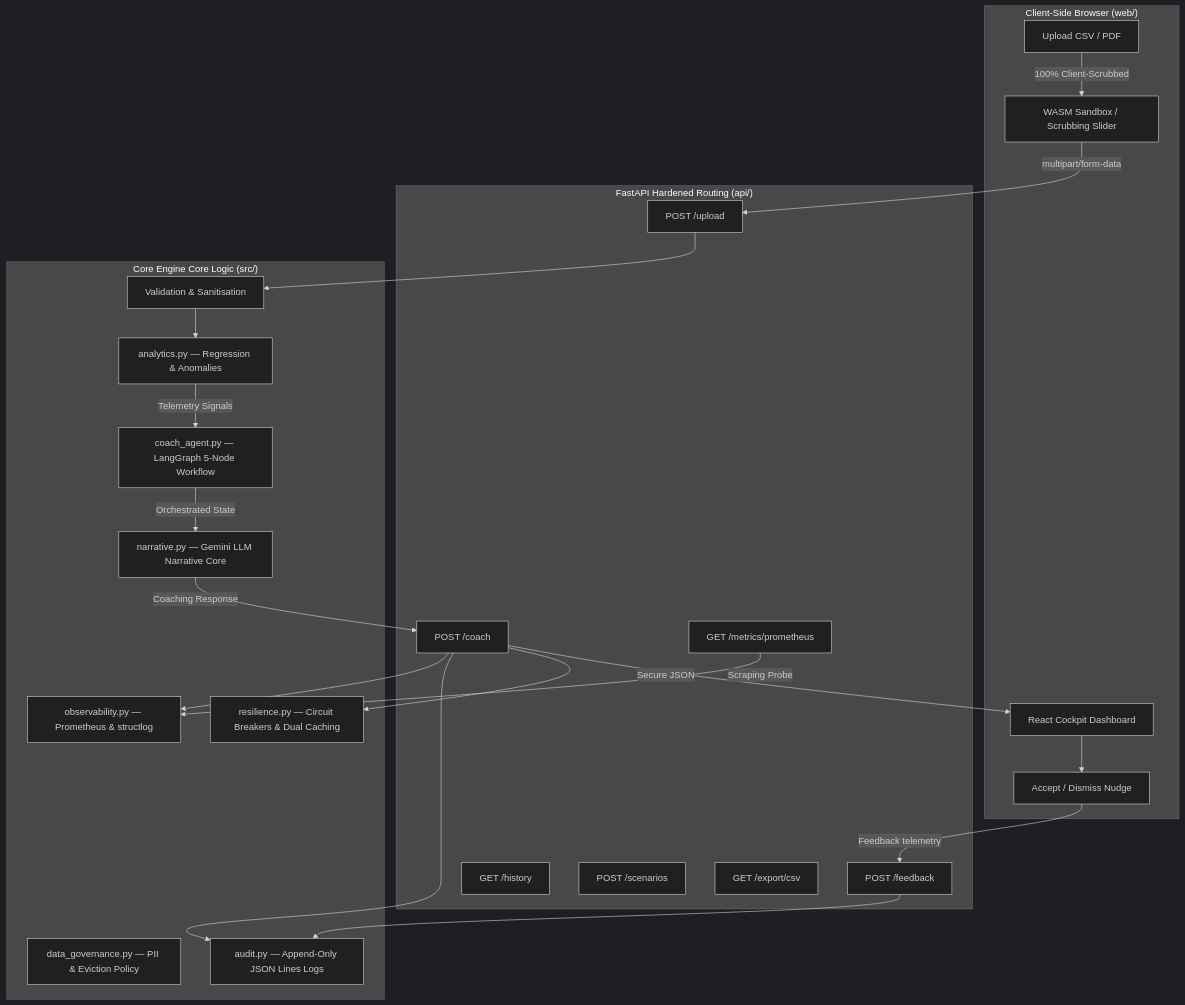
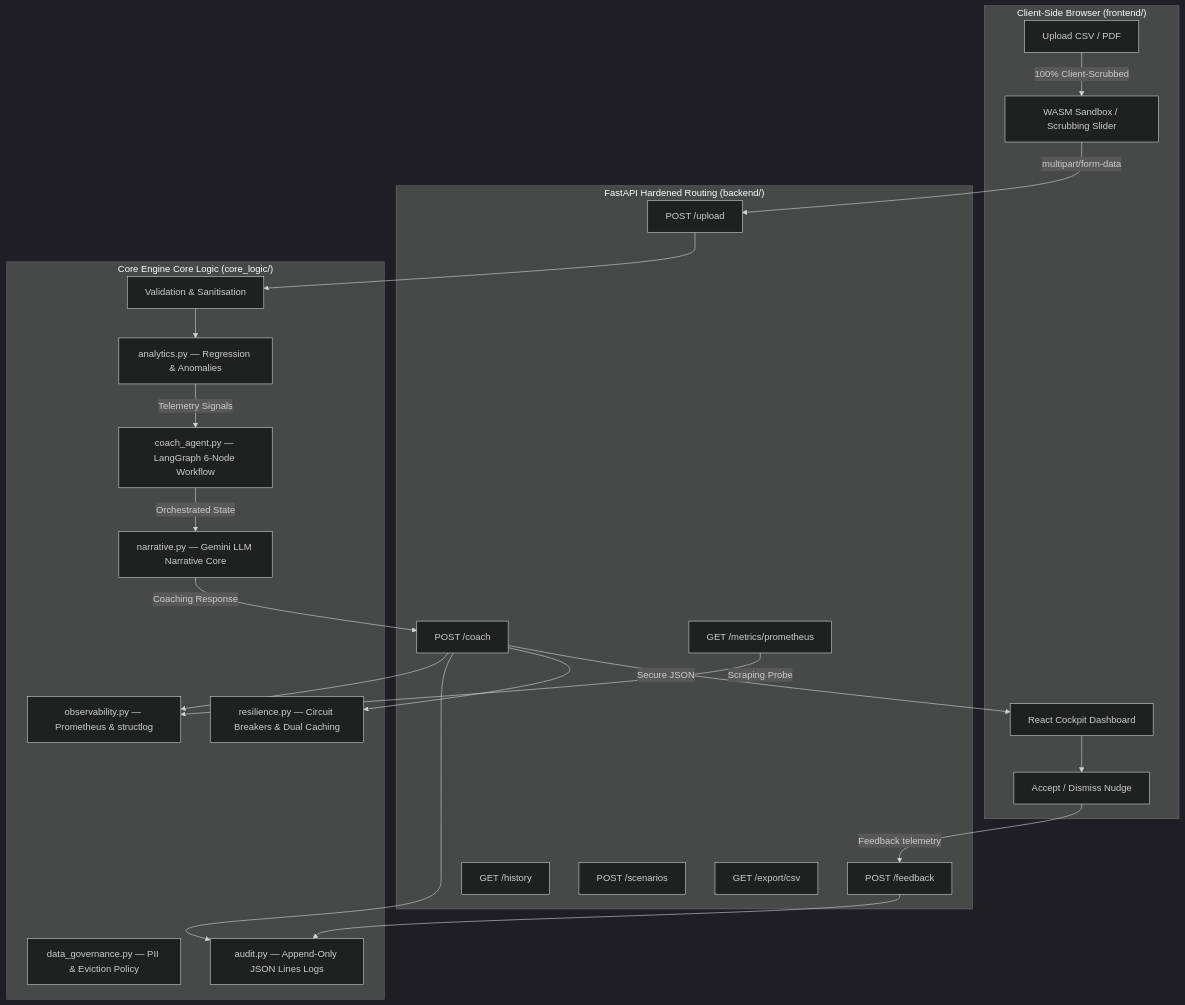
The diagram in README.md (Yashaswini-V21/UPI-Mirror), drawn with Mermaid (dark theme) before and after one commit. The commit also changed other lines of this file and 135 other files, not shown here.

Commit message:
Refactor: Restructure into frontend, backend, and core_logic directories

````diff
--- a/README.md
+++ b/README.md
@@ -107,44 +107,44 @@
 ```mermaid
 flowchart TD
-    subgraph Client ["Client-Side Browser (web/)"]
+    subgraph Client ["Client-Side Browser (frontend/)"]
         U[Upload CSV / PDF]
         FE[React Cockpit Dashboard]
         WS[WASM Sandbox / Scrubbing Slider]
         FB[Accept / Dismiss Nudge]
     end
 
-    subgraph API ["FastAPI Hardened Routing (api/)"]
+    subgraph API ["FastAPI Hardened Routing (backend/)"]
         UP[POST /upload]
         CO[POST /coach]
         FBK[POST /feedback]
         HI[GET /history]
         SC[POST /scenarios]
         EX[GET /export/csv]
         PR[GET /metrics/prometheus]
     end
 
-    subgraph Core ["Core Engine Core Logic (src/)"]
+    subgraph Core ["Core Engine Core Logic (core_logic/)"]
         VA[Validation & Sanitisation]
         AN[analytics.py — Regression & Anomalies]
-        AG[coach_agent.py — LangGraph 5-Node Workflow]
+        AG[coach_agent.py — LangGraph 6-Node Workflow]
         NA[narrative.py — Gemini LLM Narrative Core]
         RE[resilience.py — Circuit Breakers & Dual Caching]
         DG[data_governance.py — PII & Eviction Policy]
         AU[audit.py — Append-Only JSON Lines Logs]
         OB[observability.py — Prometheus & structlog]
     end
 
     U -->|100% Client-Scrubbed| WS
     WS -->|multipart/form-data| UP
     UP --> VA --> AN
     AN -->|Telemetry Signals| AG
     AG -->|Orchestrated State| NA
     NA -->|Coaching Response| CO
     CO -->|Secure JSON| FE
     FE --> FB -->|Feedback telemetry| FBK
     FBK --> AU
     CO --> RE
     CO --> AU
     CO --> OB
     PR -->|Scraping Probe| OB
 ```
````
